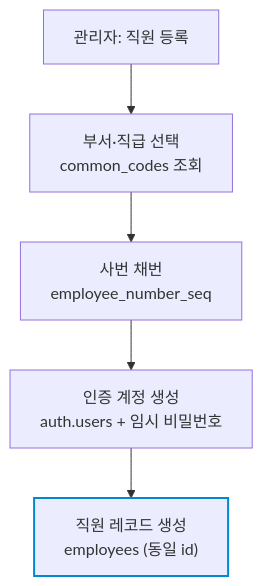
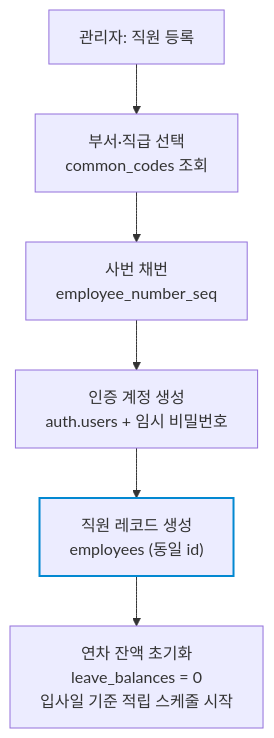
One commit to nskfn02/Jaepil_ERP changed the fifth of 8 diagrams in docs/erd.md. Above: the diagram before and after it, drawn with Mermaid. The commit also changed other lines of this file, not shown here.

Commit message:
docs: database.md 기반 erd.md 완성

````diff
--- a/docs/erd.md
+++ b/docs/erd.md
@@ -100,12 +308,13 @@
 ```mermaid
 flowchart TB
     A["관리자: 직원 등록"]
     B["부서·직급 선택<br/>common_codes 조회"]
     C["사번 채번<br/>employee_number_seq"]
     D["인증 계정 생성<br/>auth.users + 임시 비밀번호"]
     E["직원 레코드 생성<br/>employees (동일 id)"]
+    F["연차 잔액 초기화<br/>leave_balances = 0<br/>입사일 기준 적립 스케줄 시작"]
 
-    A --> B --> C --> D --> E
+    A --> B --> C --> D --> E --> F
 
     style E stroke:#0288d1,stroke-width:2px
 ```
````
